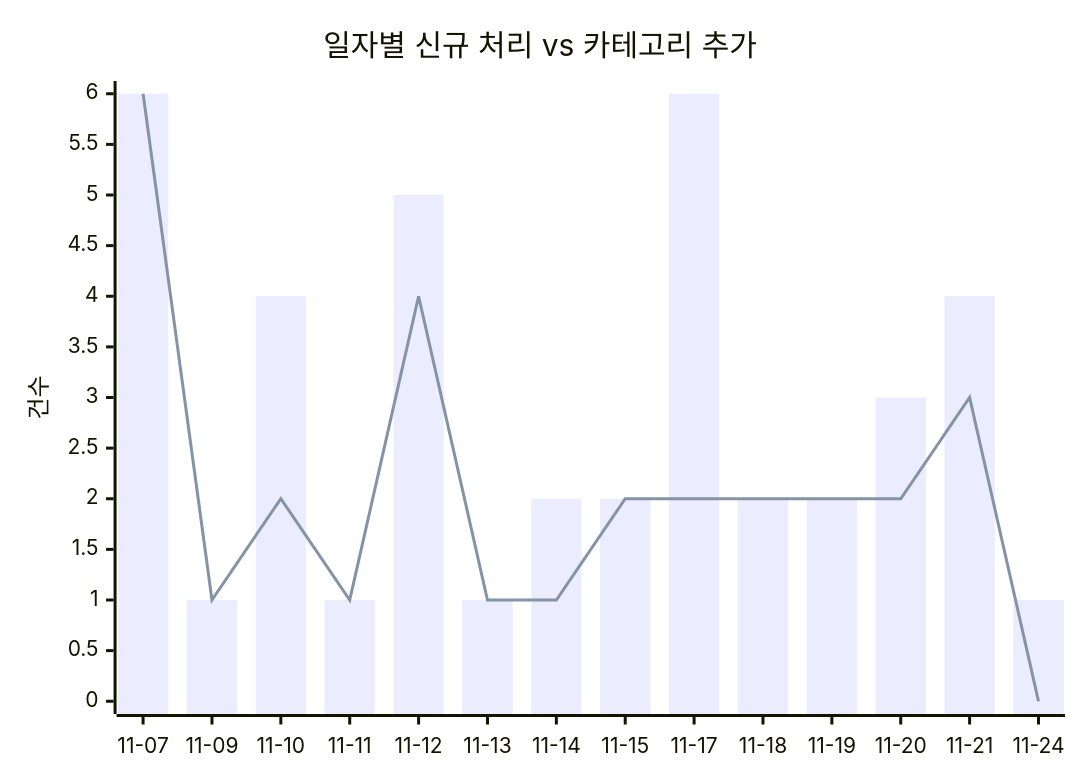
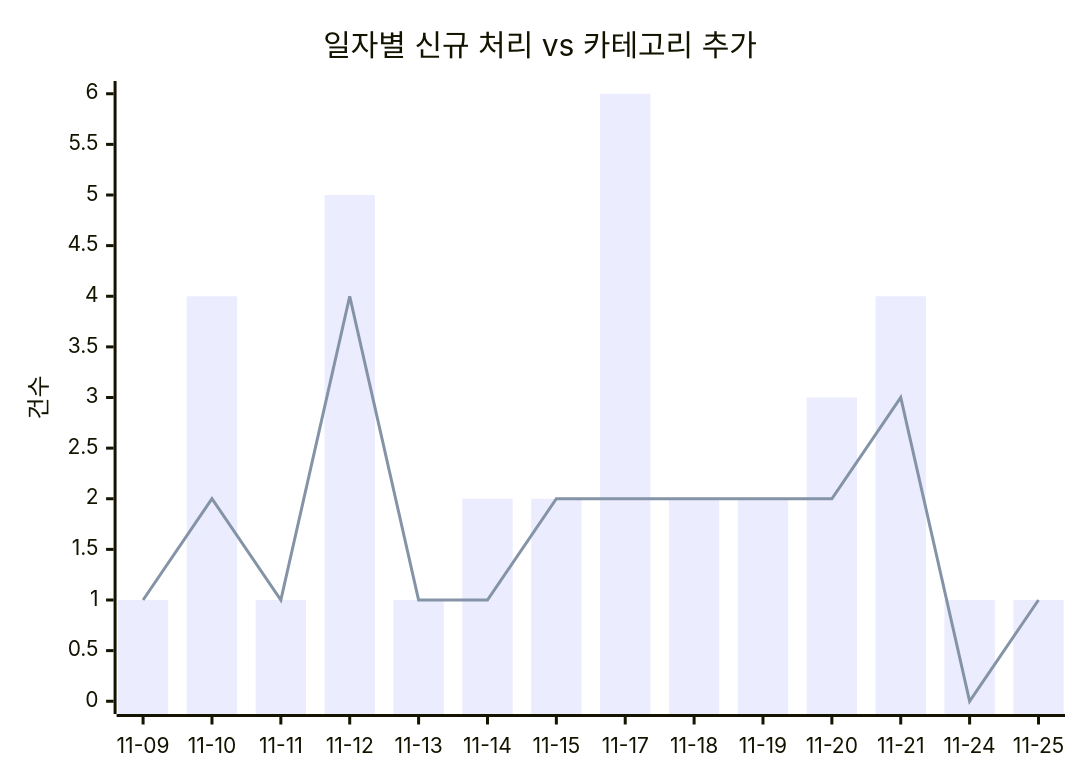
The first of 2 diagrams in docs/trends.md (J-nowcow/awesome-korean-agent-skills), drawn with Mermaid before and after one commit. The commit also changed other lines of this file and 27 other files, not shown here.

````diff
--- a/docs/trends.md
+++ b/docs/trends.md
@@ -32,8 +32,8 @@
 ```mermaid
 xychart-beta
     title "일자별 신규 처리 vs 카테고리 추가"
-    x-axis ["11-07","11-09","11-10","11-11","11-12","11-13","11-14","11-15","11-17","11-18","11-19","11-20","11-21","11-24"]
+    x-axis ["11-09","11-10","11-11","11-12","11-13","11-14","11-15","11-17","11-18","11-19","11-20","11-21","11-24","11-25"]
     y-axis "건수"
-    bar [6,1,4,1,5,1,2,2,6,2,2,3,4,1]
-    line [6,1,2,1,4,1,1,2,2,2,2,2,3,0]
+    bar [1,4,1,5,1,2,2,6,2,2,3,4,1,1]
+    line [1,2,1,4,1,1,2,2,2,2,2,3,0,1]
 ```
````
